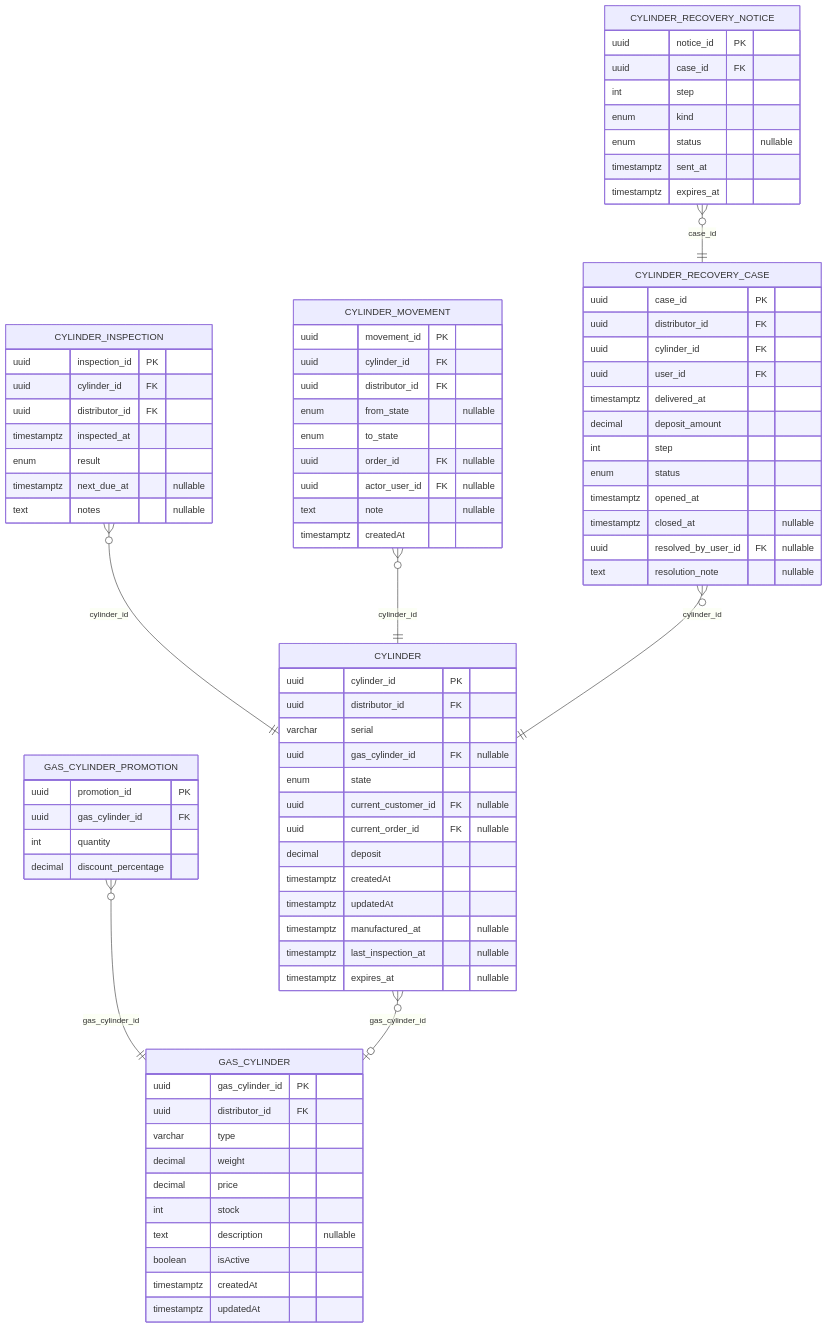
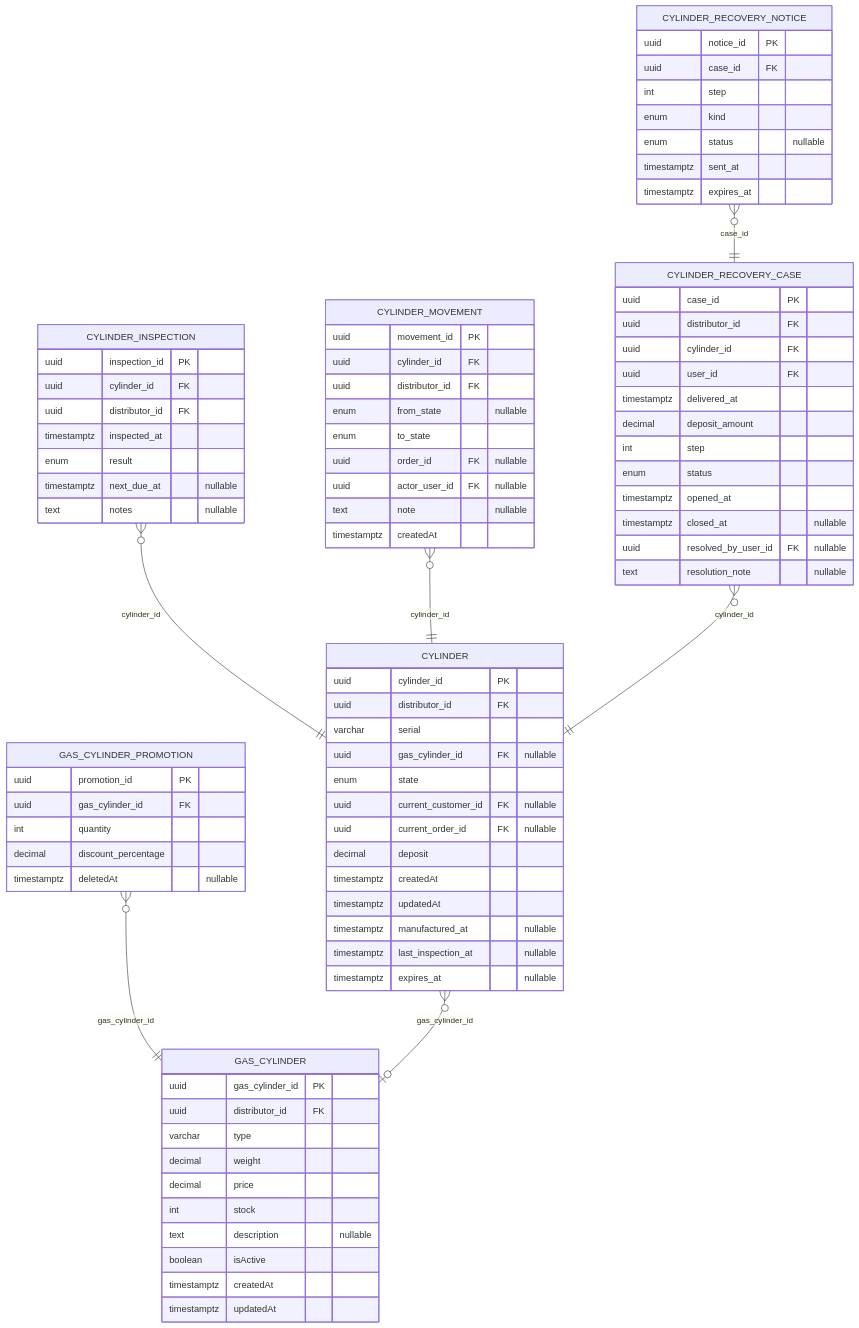
The third of 15 diagrams in diagramas/base-de-datos/SPLG-der-mermaid.md (Nahuelito-Dev/splg-docs), drawn with Mermaid before and after one commit. The commit also changed other lines of this file and 1851 other files, not shown here.

First line of the commit message:
docs: documentación completa en notación UML, un caso de uso por operación y modelo de datos al día

```diff
--- a/diagramas/base-de-datos/SPLG-der-mermaid.md
+++ b/diagramas/base-de-datos/SPLG-der-mermaid.md
@@ -161,6 +187,7 @@
         uuid gas_cylinder_id FK
         int quantity
         decimal discount_percentage
+        timestamptz deletedAt "nullable"
     }
     CYLINDER {
         uuid cylinder_id PK
```
